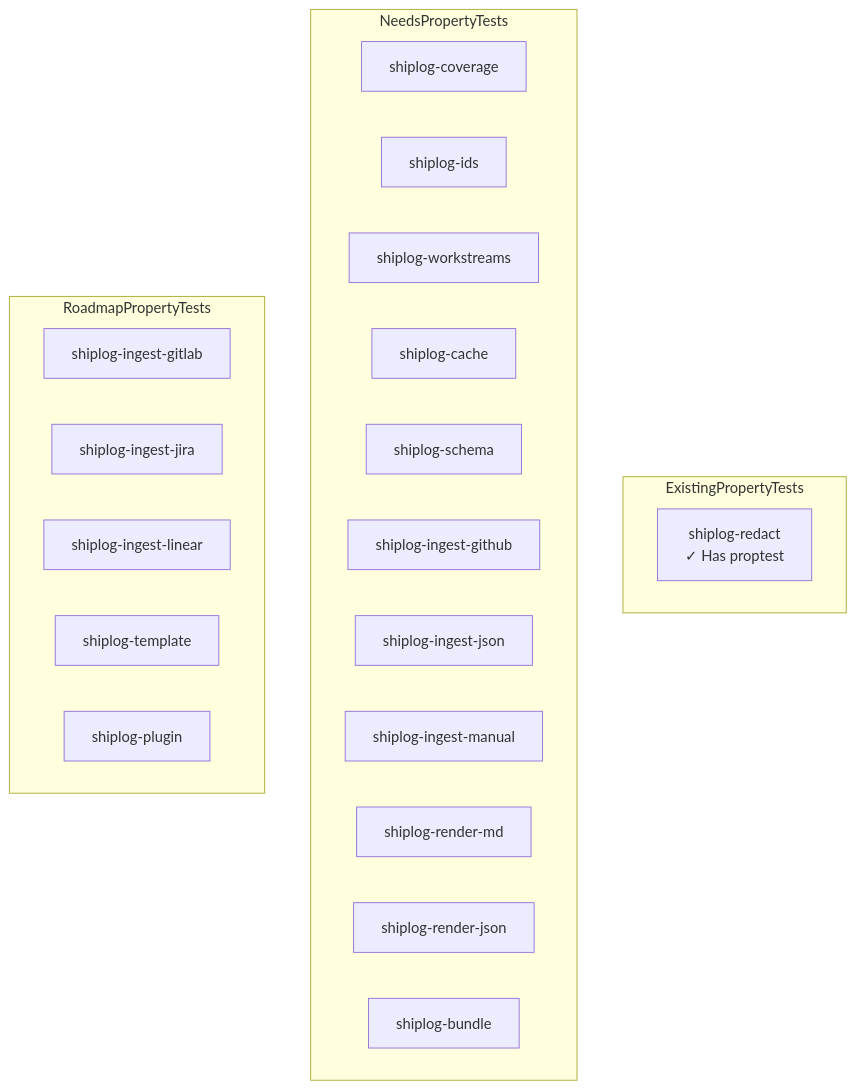
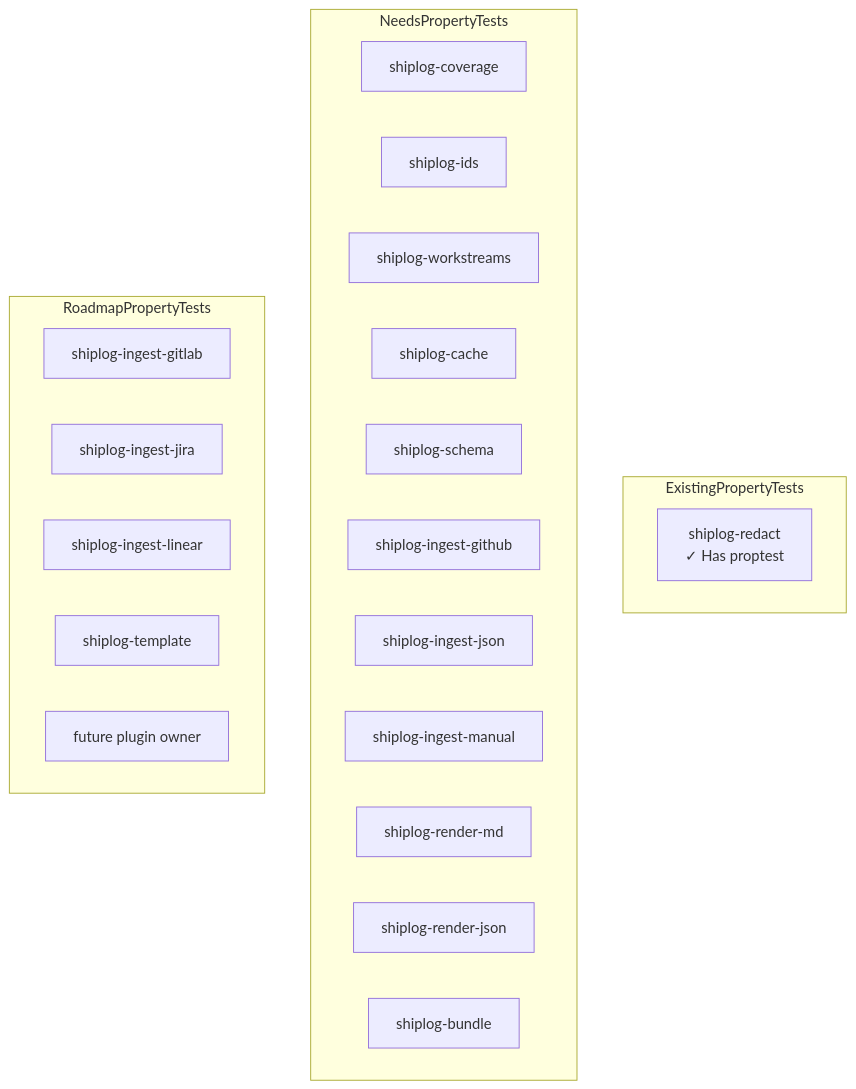
One commit to EffortlessMetrics/shiplog changed the fifth of 13 diagrams in plans/property-testing-strategy.md. Above: the diagram before and after it, drawn with Mermaid. The commit also changed other lines of this file and 658 other files, not shown here.

````diff
--- a/plans/property-testing-strategy.md
+++ b/plans/property-testing-strategy.md
@@ -1222,28 +1222,28 @@
 ```mermaid
 graph TB
     subgraph ExistingPropertyTests
         SR[shiplog-redact<br/>✓ Has proptest]
     end
 
     subgraph NeedsPropertyTests
         SC[shiplog-coverage]
         SI[shiplog-ids]
         SW[shiplog-workstreams]
         SCache[shiplog-cache]
         SS[shiplog-schema]
         GH[shiplog-ingest-github]
         JSON[shiplog-ingest-json]
         MAN[shiplog-ingest-manual]
         RMD[shiplog-render-md]
         RJSON[shiplog-render-json]
         SB[shiplog-bundle]
     end
 
     subgraph RoadmapPropertyTests
         GL[shiplog-ingest-gitlab]
         JIRA[shiplog-ingest-jira]
         LIN[shiplog-ingest-linear]
         TPL[shiplog-template]
-        PLG[shiplog-plugin]
+        PLG[future plugin owner]
     end
 ```
````
